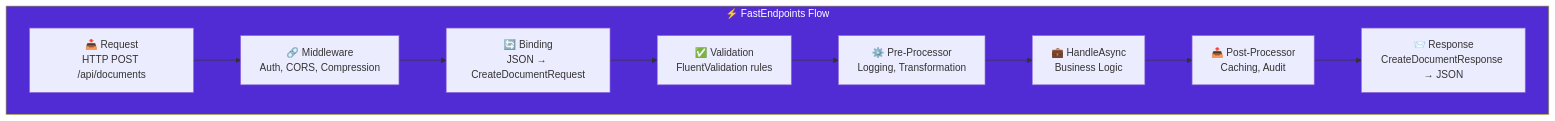
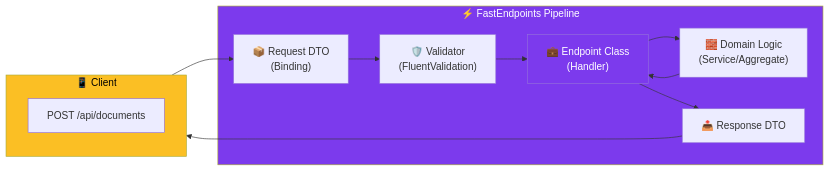
One commit to viktorrobin/bluerobin-blog changed the diagram in src/content/blog/fastendpoints-api-development.mdx. Above: the diagram before and after it, drawn with Mermaid. The commit also changed other lines of this file and 127 other files, not shown here.

````diff
--- a/src/content/blog/fastendpoints-api-development.mdx
+++ b/src/content/blog/fastendpoints-api-development.mdx
@@ -21,14 +42,26 @@
 ```mermaid
-flowchart TB
-    subgraph Flow["⚡ FastEndpoints Flow"]
-        Req["📥 Request\nHTTP POST /api/documents"] --> MW["🔗 Middleware\nAuth, CORS, Compression"]
-        MW --> Bind["🔄 Binding\nJSON → CreateDocumentRequest"]
-        Bind --> Val["✅ Validation\nFluentValidation rules"]
-        Val --> Pre["⚙️ Pre-Processor\nLogging, Transformation"]
-        Pre --> Handle["💼 HandleAsync\nBusiness Logic"]
-        Handle --> Post["📤 Post-Processor\nCaching, Audit"]
-        Post --> Resp["📨 Response\nCreateDocumentResponse → JSON"]
+flowchart LR
+    subgraph Client["📱 Client"]
+        Req["POST /api/documents"]
     end
 
-    style Flow fill:#512bd4,color:#fff
+    subgraph Server["⚡ FastEndpoints Pipeline"]
+        DTO["📦 Request DTO\n(Binding)"] --> Val["🛡️ Validator\n(FluentValidation)"]
+        Val --> EP["💼 Endpoint Class\n(Handler)"]
+        EP --> Dom["🧱 Domain Logic\n(Service/Aggregate)"]
+        Dom --> EP
+        EP --> Resp["📤 Response DTO"]
+    end
+
+    Client --> DTO
+    Resp --> Client
+
+    classDef primary fill:#7c3aed,color:#fff
+    classDef secondary fill:#06b6d4,color:#fff
+    classDef db fill:#f43f5e,color:#fff
+    classDef warning fill:#fbbf24,color:#000
+
+    class Client warning
+    class Server primary
+    class EP primary
 ```
````
